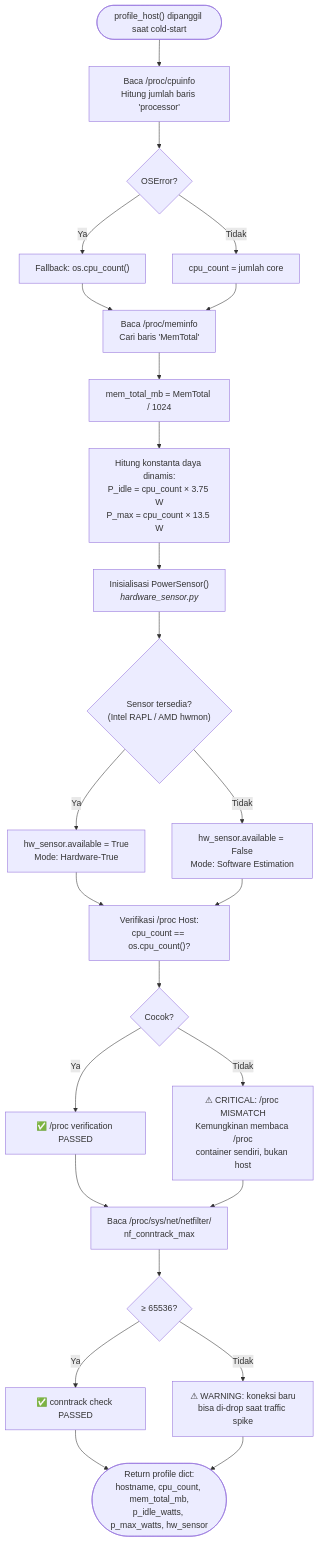
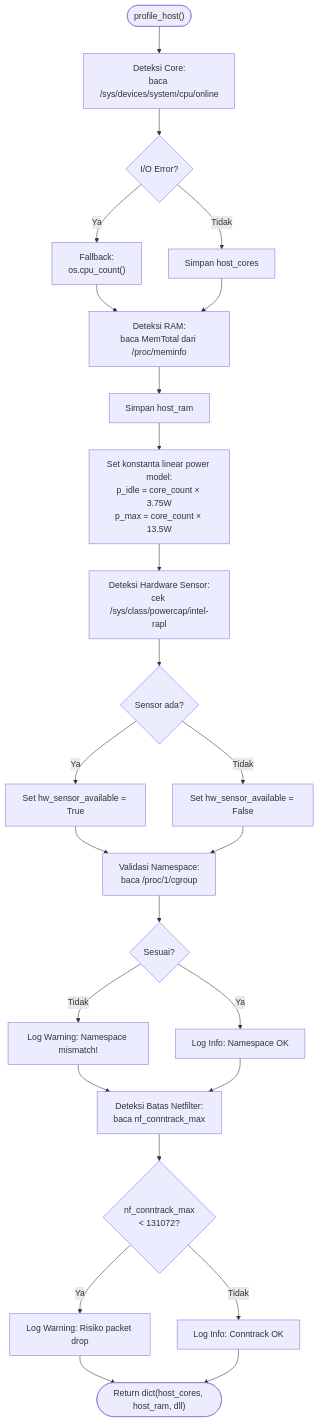
One commit to fauzanreza/green-container-framework changed the first of 2 diagrams in architecture-diagrams/layer-1-profiler/01_profile_host.md. Above: the diagram before and after it, drawn with Mermaid. The commit also changed other lines of this file and 13 other files, not shown here.

Commit message:
edit fitur, menambahkan Architecture Diagram

````diff
--- a/architecture-diagrams/layer-1-profiler/01_profile_host.md
+++ b/architecture-diagrams/layer-1-profiler/01_profile_host.md
@@ -9,56 +9,56 @@
 ```mermaid
 flowchart TD
-    START(["profile_host() dipanggil saat cold-start"])
+    START(["profile_host()"])
 
-    READ_CPU["Baca /proc/cpuinfo<br/>Hitung jumlah baris 'processor'"]
-    CPU_FAIL{"OSError?"}
-    CPU_FALLBACK["Fallback: os.cpu_count()"]
-    CPU_OK["cpu_count = jumlah core"]
+    CPU_TRY["Deteksi Core:<br/>baca /sys/devices/system/cpu/online"]
+    CPU_ERR{"I/O Error?"}
+    CPU_FALLBACK["Fallback:<br/>os.cpu_count()"]
+    CPU_OK["Simpan host_cores"]
 
-    READ_MEM["Baca /proc/meminfo<br/>Cari baris 'MemTotal'"]
-    MEM_OK["mem_total_mb = MemTotal / 1024"]
+    RAM_TRY["Deteksi RAM:<br/>baca MemTotal dari /proc/meminfo"]
+    RAM_OK["Simpan host_ram"]
 
-    CALC_POWER["Hitung konstanta daya dinamis:<br/>P_idle = cpu_count × 3.75 W<br/>P_max = cpu_count × 13.5 W"]
+    ENERGY_CONST["Set konstanta linear power model:<br/>p_idle = core_count × 3.75W<br/>p_max = core_count × 13.5W"]
 
-    HW_SENSOR["Inisialisasi PowerSensor()<br/><i>hardware_sensor.py</i>"]
-    HW_CHECK{"Sensor tersedia?<br/>(Intel RAPL / AMD hwmon)"}
-    HW_YES["hw_sensor.available = True<br/>Mode: Hardware-True"]
-    HW_NO["hw_sensor.available = False<br/>Mode: Software Estimation"]
+    RAPL_CHECK["Deteksi Hardware Sensor:<br/>cek /sys/class/powercap/intel-rapl"]
+    RAPL_FOUND{"Sensor ada?"}
+    RAPL_YES["Set hw_sensor_available = True"]
+    RAPL_NO["Set hw_sensor_available = False"]
 
-    VERIFY_PROC["Verifikasi /proc Host:<br/>cpu_count == os.cpu_count()?"]
-    PROC_MATCH{"Cocok?"}
-    PROC_OK["✅ /proc verification PASSED"]
-    PROC_FAIL["⚠ CRITICAL: /proc MISMATCH<br/>Kemungkinan membaca /proc<br/>container sendiri, bukan host"]
+    NS_CHECK["Validasi Namespace:<br/>baca /proc/1/cgroup"]
+    NS_MATCH{"Sesuai?"}
+    NS_WARN["Log Warning: Namespace mismatch!"]
+    NS_OK["Log Info: Namespace OK"]
 
-    CHECK_CONNTRACK["Baca /proc/sys/net/netfilter/<br/>nf_conntrack_max"]
-    CT_CHECK{"≥ 65536?"}
-    CT_OK["✅ conntrack check PASSED"]
-    CT_WARN["⚠ WARNING: koneksi baru<br/>bisa di-drop saat traffic spike"]
+    NET_CHECK["Deteksi Batas Netfilter:<br/>baca nf_conntrack_max"]
+    NET_WARN{"nf_conntrack_max<br/>< 131072?"}
+    WARN_LOG["Log Warning: Risiko packet drop"]
+    NET_OK["Log Info: Conntrack OK"]
 
-    RETURN(["Return profile dict:<br/>hostname, cpu_count, mem_total_mb,<br/>p_idle_watts, p_max_watts, hw_sensor"])
+    RETURN(["Return dict(host_cores, host_ram, dll)"])
 
-    START --> READ_CPU
-    READ_CPU --> CPU_FAIL
-    CPU_FAIL -->|Ya| CPU_FALLBACK
-    CPU_FAIL -->|Tidak| CPU_OK
-    CPU_FALLBACK --> READ_MEM
-    CPU_OK --> READ_MEM
-    READ_MEM --> MEM_OK
-    MEM_OK --> CALC_POWER
-    CALC_POWER --> HW_SENSOR
-    HW_SENSOR --> HW_CHECK
-    HW_CHECK -->|Ya| HW_YES
-    HW_CHECK -->|Tidak| HW_NO
-    HW_YES --> VERIFY_PROC
-    HW_NO --> VERIFY_PROC
-    VERIFY_PROC --> PROC_MATCH
-    PROC_MATCH -->|Ya| PROC_OK
-    PROC_MATCH -->|Tidak| PROC_FAIL
-    PROC_OK --> CHECK_CONNTRACK
-    PROC_FAIL --> CHECK_CONNTRACK
-    CHECK_CONNTRACK --> CT_CHECK
-    CT_CHECK -->|Ya| CT_OK
-    CT_CHECK -->|Tidak| CT_WARN
-    CT_OK --> RETURN
-    CT_WARN --> RETURN
+    START --> CPU_TRY
+    CPU_TRY --> CPU_ERR
+    CPU_ERR -->|Ya| CPU_FALLBACK
+    CPU_ERR -->|Tidak| CPU_OK
+    CPU_FALLBACK --> RAM_TRY
+    CPU_OK --> RAM_TRY
+    RAM_TRY --> RAM_OK
+    RAM_OK --> ENERGY_CONST
+    ENERGY_CONST --> RAPL_CHECK
+    RAPL_CHECK --> RAPL_FOUND
+    RAPL_FOUND -->|Ya| RAPL_YES
+    RAPL_FOUND -->|Tidak| RAPL_NO
+    RAPL_YES --> NS_CHECK
+    RAPL_NO --> NS_CHECK
+    NS_CHECK --> NS_MATCH
+    NS_MATCH -->|Tidak| NS_WARN
+    NS_MATCH -->|Ya| NS_OK
+    NS_WARN --> NET_CHECK
+    NS_OK --> NET_CHECK
+    NET_CHECK --> NET_WARN
+    NET_WARN -->|Ya| WARN_LOG
+    NET_WARN -->|Tidak| NET_OK
+    WARN_LOG --> RETURN
+    NET_OK --> RETURN
 ```
````
